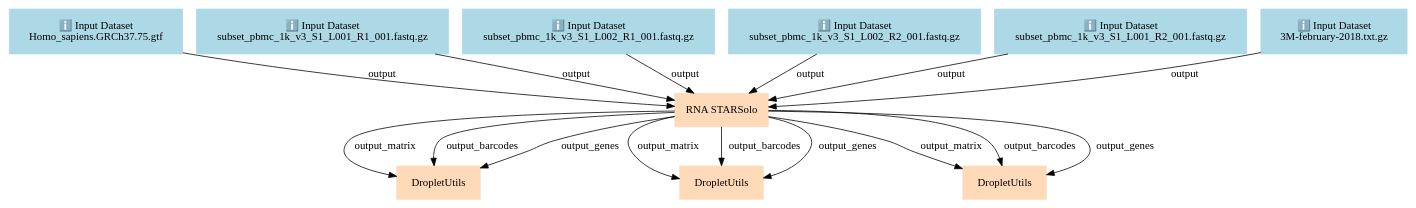
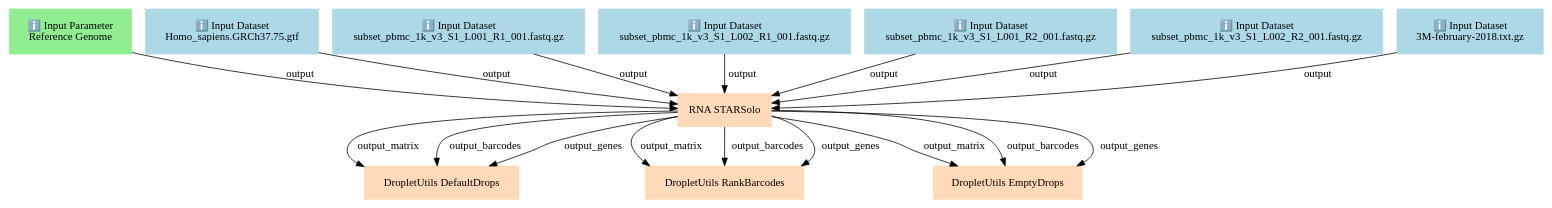
The diagram in api/workflows/single-cell/scrna-preprocessing-tenx/scrna-seq-preprocessing-tenx/graph.dot (galaxyproject/training-material), drawn with Graphviz before and after one commit. The commit also changed 10745 other files, not shown here.

```diff
--- a/api/workflows/single-cell/scrna-preprocessing-tenx/scrna-seq-preprocessing-tenx/graph.dot
+++ b/api/workflows/single-cell/scrna-preprocessing-tenx/scrna-seq-preprocessing-tenx/graph.dot
@@ -1,29 +1,31 @@
 digraph main {
   node [fontname="Atkinson Hyperlegible", shape=box, color=white,style=filled,color=peachpuff,margin="0.2,0.2"];
   edge [fontname="Atkinson Hyperlegible"];
-  0[color=lightblue,label="ℹ️ Input Dataset\nHomo_sapiens.GRCh37.75.gtf"]
-  1[color=lightblue,label="ℹ️ Input Dataset\nsubset_pbmc_1k_v3_S1_L001_R1_001.fastq.gz"]
-  2[color=lightblue,label="ℹ️ Input Dataset\nsubset_pbmc_1k_v3_S1_L002_R1_001.fastq.gz"]
-  3[color=lightblue,label="ℹ️ Input Dataset\nsubset_pbmc_1k_v3_S1_L002_R2_001.fastq.gz"]
+  0[color=lightgreen,label="ℹ️ Input Parameter\nReference Genome"]
+  1[color=lightblue,label="ℹ️ Input Dataset\nHomo_sapiens.GRCh37.75.gtf"]
+  2[color=lightblue,label="ℹ️ Input Dataset\nsubset_pbmc_1k_v3_S1_L001_R1_001.fastq.gz"]
+  3[color=lightblue,label="ℹ️ Input Dataset\nsubset_pbmc_1k_v3_S1_L002_R1_001.fastq.gz"]
   4[color=lightblue,label="ℹ️ Input Dataset\nsubset_pbmc_1k_v3_S1_L001_R2_001.fastq.gz"]
-  5[color=lightblue,label="ℹ️ Input Dataset\n3M-february-2018.txt.gz"]
-  6[label="RNA STARSolo"]
-  0 -> 6 [label="output"]
-  1 -> 6 [label="output"]
-  2 -> 6 [label="output"]
-  3 -> 6 [label="output"]
-  4 -> 6 [label="output"]
-  5 -> 6 [label="output"]
-  7[label="DropletUtils"]
-  6 -> 7 [label="output_matrix"]
-  6 -> 7 [label="output_barcodes"]
-  6 -> 7 [label="output_genes"]
-  8[label="DropletUtils"]
-  6 -> 8 [label="output_matrix"]
-  6 -> 8 [label="output_barcodes"]
-  6 -> 8 [label="output_genes"]
-  9[label="DropletUtils"]
-  6 -> 9 [label="output_matrix"]
-  6 -> 9 [label="output_barcodes"]
-  6 -> 9 [label="output_genes"]
+  5[color=lightblue,label="ℹ️ Input Dataset\nsubset_pbmc_1k_v3_S1_L002_R2_001.fastq.gz"]
+  6[color=lightblue,label="ℹ️ Input Dataset\n3M-february-2018.txt.gz"]
+  7[label="RNA STARSolo"]
+  0 -> 7 [label="output"]
+  1 -> 7 [label="output"]
+  2 -> 7 [label="output"]
+  3 -> 7 [label="output"]
+  4 -> 7 [label="output"]
+  5 -> 7 [label="output"]
+  6 -> 7 [label="output"]
+  8[label="DropletUtils DefaultDrops"]
+  7 -> 8 [label="output_matrix"]
+  7 -> 8 [label="output_barcodes"]
+  7 -> 8 [label="output_genes"]
+  9[label="DropletUtils RankBarcodes"]
+  7 -> 9 [label="output_matrix"]
+  7 -> 9 [label="output_barcodes"]
+  7 -> 9 [label="output_genes"]
+  10[label="DropletUtils EmptyDrops"]
+  7 -> 10 [label="output_matrix"]
+  7 -> 10 [label="output_barcodes"]
+  7 -> 10 [label="output_genes"]
 }
```
